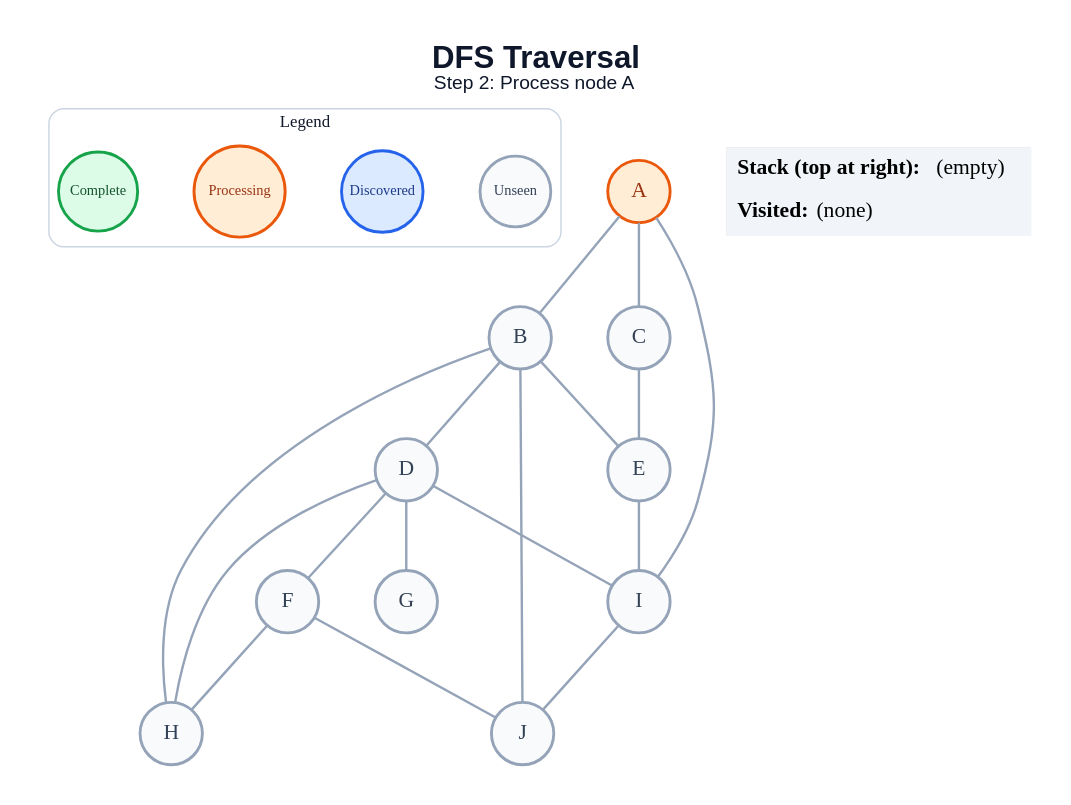
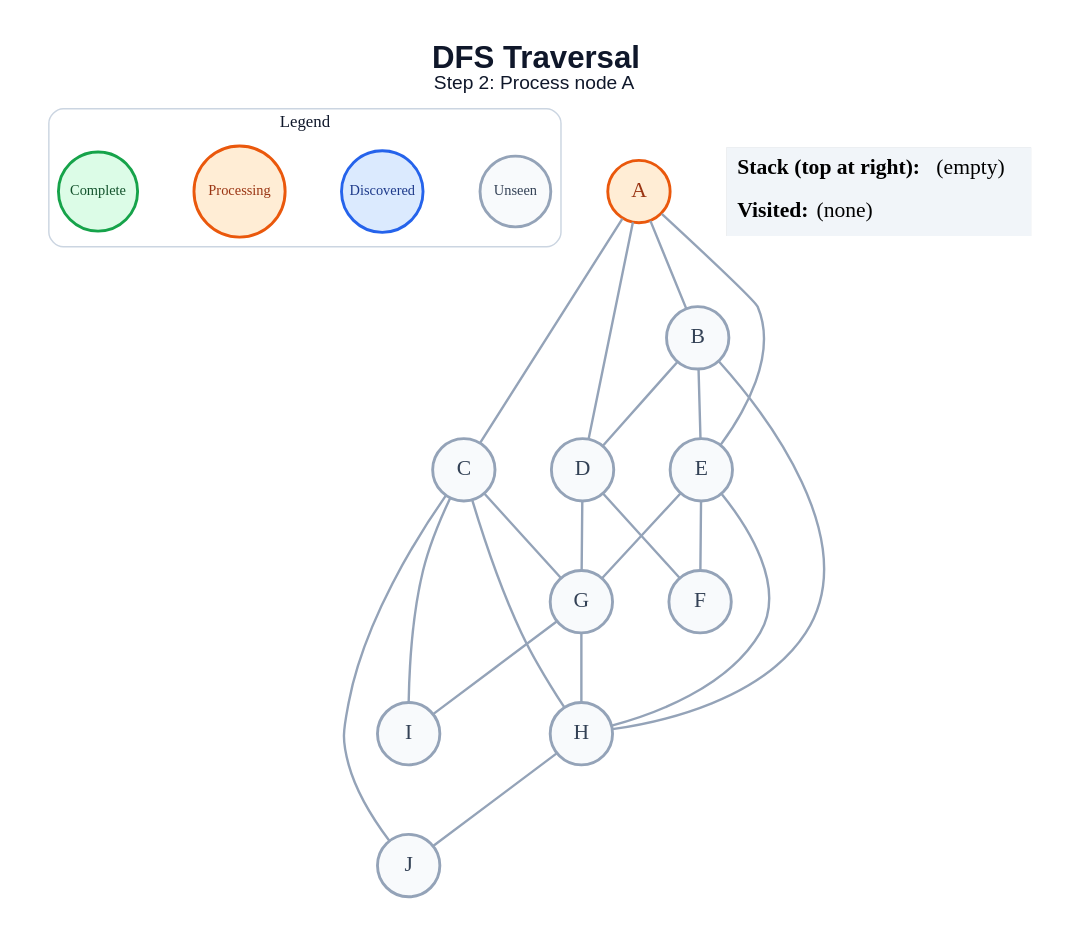
The diagram in generated/dfs/step_02.dot (amanghodawala9/ai-slop), drawn with Graphviz before and after one commit. The commit also changed 178 other files, not shown here.

```diff
--- a/generated/dfs/step_02.dot
+++ b/generated/dfs/step_02.dot
@@ -1,45 +1,48 @@
 graph traversal {
   graph [layout=dot, rankdir=TB, bgcolor="#FFFFFF", pad="0.35", nodesep="0.65", ranksep="0.8", fontname="Arial"];
   node [shape=circle, style="filled", fontname="Arial Bold", fontsize=18, width=0.72, fixedsize=true, penwidth=2.4];
   edge [color="#94A3B8", penwidth=2.0];
   label=<<B>DFS Traversal</B><BR/><FONT POINT-SIZE="16">Step 2: Process node A</FONT>>; labelloc="t"; fontsize=26; fontname="Arial"; fontcolor="#0F172A";
   subgraph cluster_legend { label="Legend"; color="#CBD5E1"; penwidth=1.2; style="rounded"; fontsize=14; fontname="Arial Bold";
     key_unseen [label="Unseen", fillcolor="#F8FAFC", color="#94A3B8", fontcolor="#334155", fontsize=12, width=0.82];
     key_frontier [label="Discovered", fillcolor="#DBEAFE", color="#2563EB", fontcolor="#1E3A8A", fontsize=12, width=0.95];
     key_current [label="Processing", fillcolor="#FFEDD5", color="#EA580C", fontcolor="#9A3412", fontsize=12, width=1.05];
     key_done [label="Complete", fillcolor="#DCFCE7", color="#16A34A", fontcolor="#14532D", fontsize=12, width=0.92];
     { rank=same; key_unseen; key_frontier; key_current; key_done; }
   }
   A [fillcolor="#FFEDD5", color="#EA580C", fontcolor="#9A3412"];
   B [fillcolor="#F8FAFC", color="#94A3B8", fontcolor="#334155"];
   C [fillcolor="#F8FAFC", color="#94A3B8", fontcolor="#334155"];
   D [fillcolor="#F8FAFC", color="#94A3B8", fontcolor="#334155"];
   E [fillcolor="#F8FAFC", color="#94A3B8", fontcolor="#334155"];
   F [fillcolor="#F8FAFC", color="#94A3B8", fontcolor="#334155"];
   G [fillcolor="#F8FAFC", color="#94A3B8", fontcolor="#334155"];
   H [fillcolor="#F8FAFC", color="#94A3B8", fontcolor="#334155"];
   I [fillcolor="#F8FAFC", color="#94A3B8", fontcolor="#334155"];
   J [fillcolor="#F8FAFC", color="#94A3B8", fontcolor="#334155"];
   A -- B;
   A -- C;
-  A -- I;
+  A -- D;
+  A -- E;
   B -- D;
   B -- E;
   B -- H;
-  B -- J;
-  C -- E;
+  C -- G;
+  C -- H;
+  C -- I;
+  C -- J;
   D -- F;
   D -- G;
-  D -- H;
-  D -- I;
-  E -- I;
-  F -- H;
-  F -- J;
-  I -- J;
+  E -- F;
+  E -- G;
+  E -- H;
+  G -- H;
+  G -- I;
+  H -- J;
   status [shape=plain, fixedsize=false, width=0, height=0, margin=0, label=<
     <TABLE BORDER="0" CELLBORDER="0" CELLPADDING="7" BGCOLOR="#F1F5F9">
       <TR><TD ALIGN="LEFT"><B>Stack (top at right):</B> (empty)</TD></TR>
       <TR><TD ALIGN="LEFT"><B>Visited:</B> (none)</TD></TR>
     </TABLE>
   >];
 }
```
